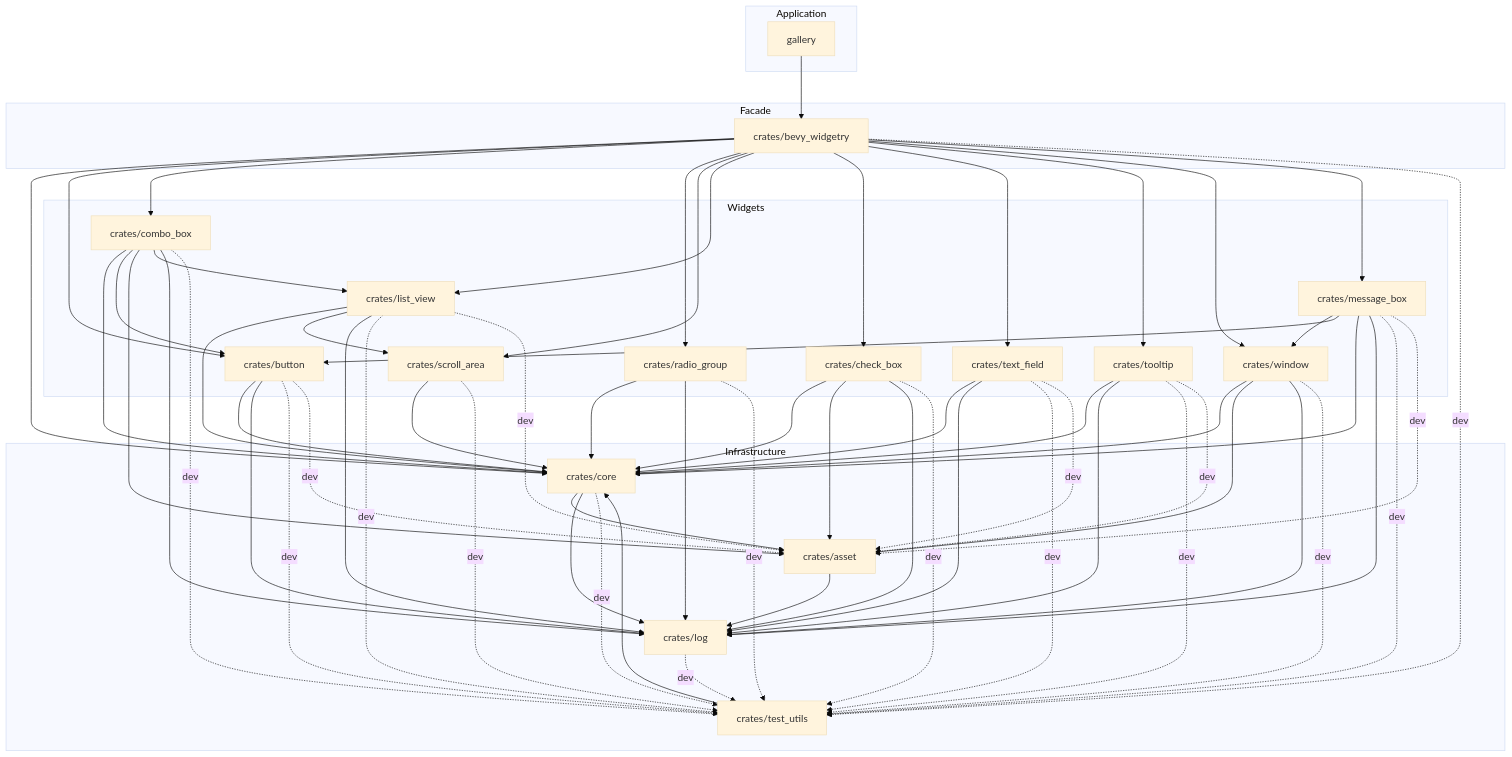
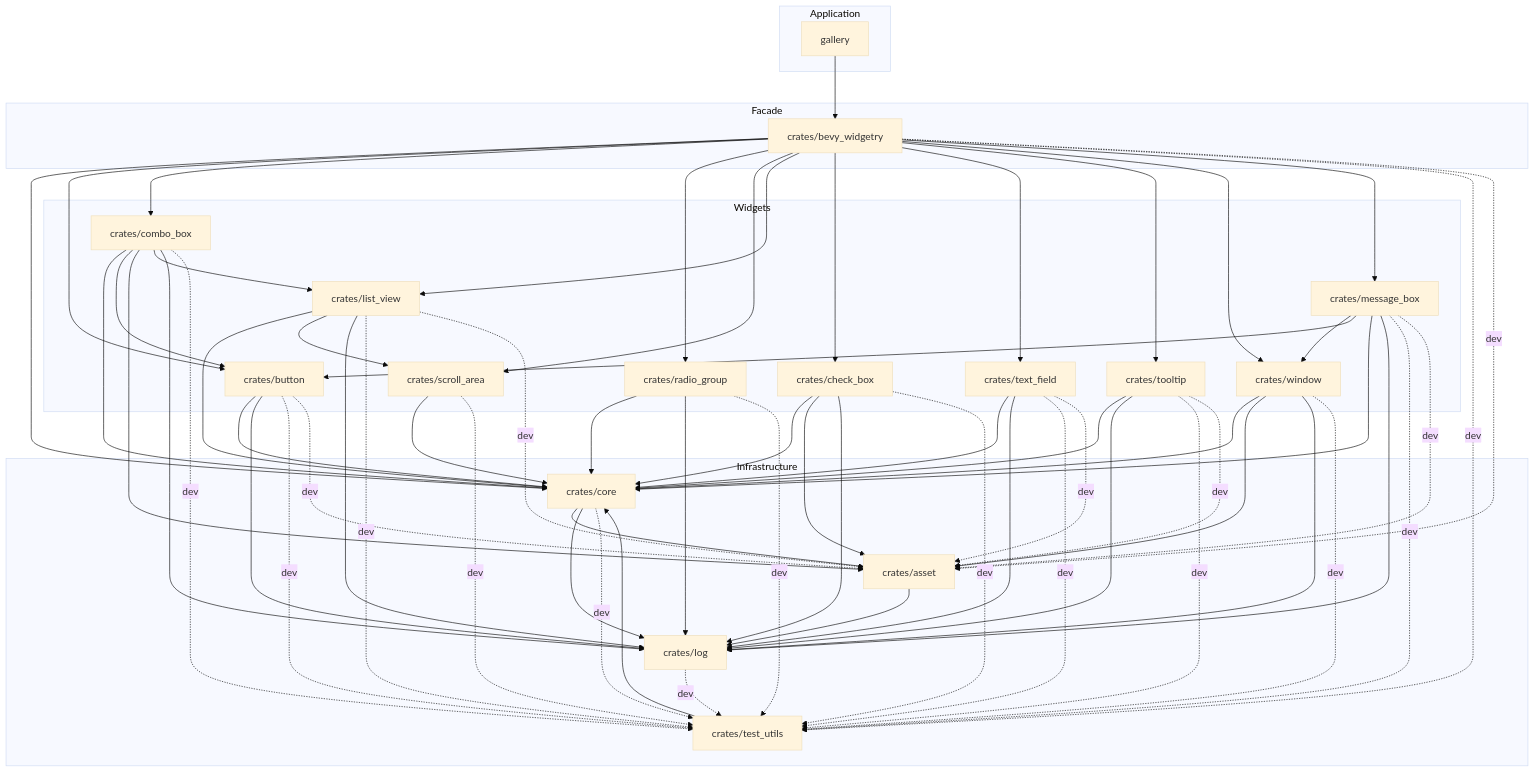
One commit to slc90/bevy_widgetry changed the diagram in docs/architecture.md. Above: the diagram before and after it, drawn with Mermaid (base theme). The commit also changed 4 other files, not shown here.

```diff
--- a/docs/architecture.md
+++ b/docs/architecture.md
@@ -246,6 +246,7 @@
     test_utils --> core
 
     widgetry -. dev .-> test_utils
+    widgetry -. dev .-> asset
     log -. dev .-> test_utils
     core -. dev .-> test_utils
     button -. dev .-> test_utils
```
